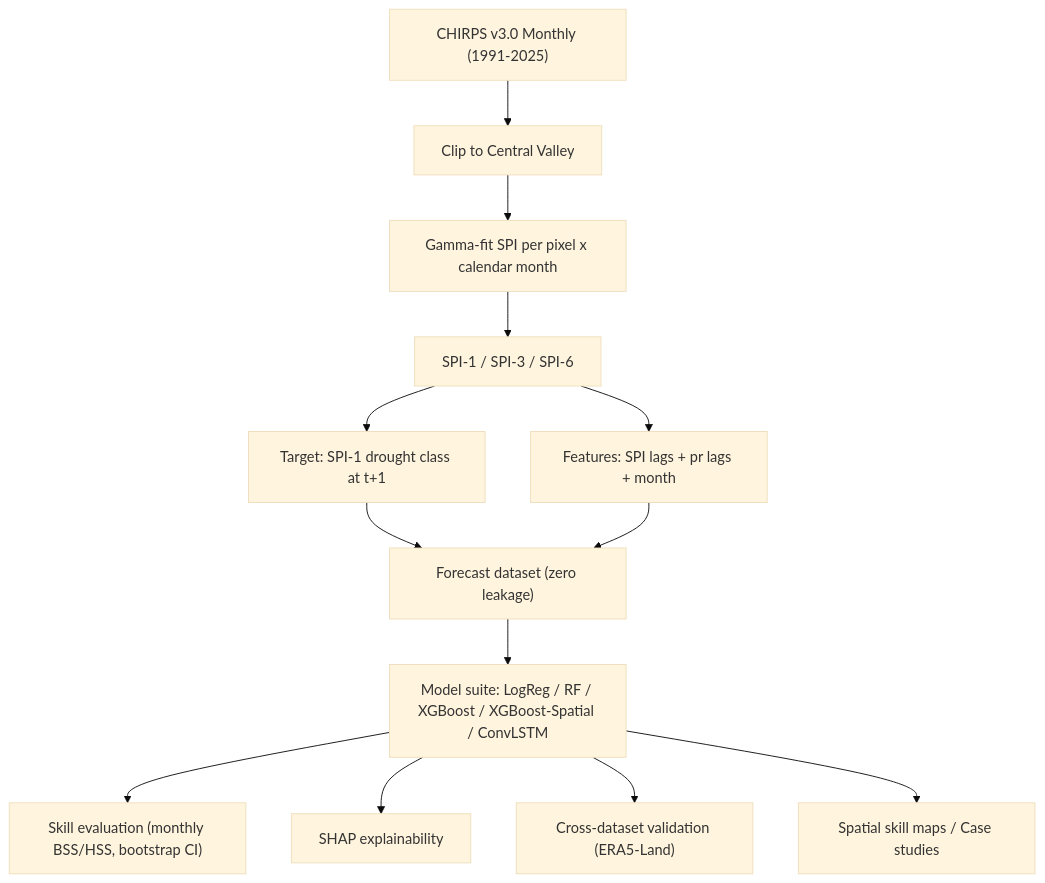
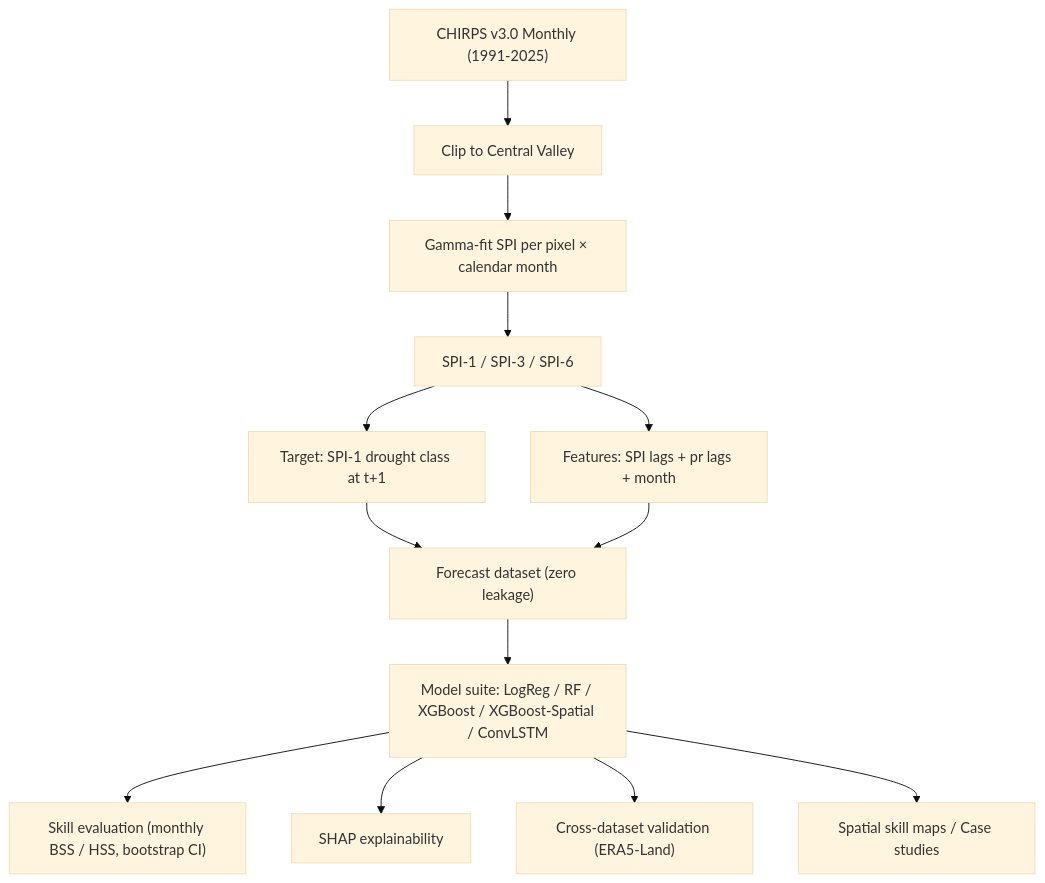
The diagram in README.md (Ishtiaque-h/chirps-drought-classifier), drawn with Mermaid (base theme) before and after one commit. The commit also changed other lines of this file, not shown here.

````diff
--- a/README.md
+++ b/README.md
@@ -26,15 +28,15 @@
 ```mermaid
 graph TD;
     A["CHIRPS v3.0 Monthly (1991-2025)"] --> B["Clip to Central Valley"];
-    B --> C["Gamma-fit SPI per pixel x calendar month"];
+    B --> C["Gamma-fit SPI per pixel × calendar month"];
     C --> D["SPI-1 / SPI-3 / SPI-6"];
     D --> E["Target: SPI-1 drought class at t+1"];
     D --> F["Features: SPI lags + pr lags + month"];
     E --> G["Forecast dataset (zero leakage)"];
     F --> G;
     G --> H["Model suite: LogReg / RF / XGBoost / XGBoost-Spatial / ConvLSTM"];
-    H --> I["Skill evaluation (monthly BSS/HSS, bootstrap CI)"];
+    H --> I["Skill evaluation (monthly BSS / HSS, bootstrap CI)"];
     H --> J["SHAP explainability"];
     H --> K["Cross-dataset validation (ERA5-Land)"];
     H --> L["Spatial skill maps / Case studies"];
 ```
````
